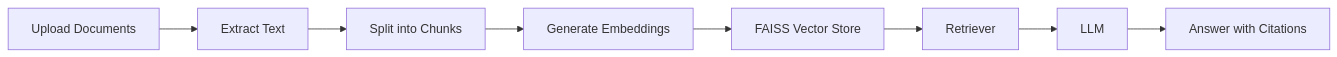
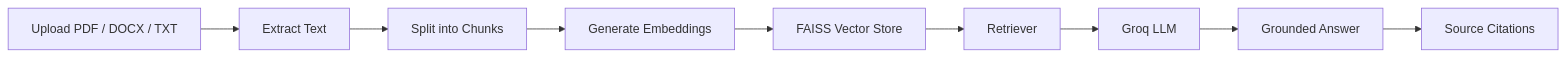
The diagram in README.md (dineshbarri/DocuChat_AI), drawn with Mermaid before and after one commit. The commit also changed other lines of this file, not shown here.

````diff
--- a/README.md
+++ b/README.md
@@ -54,10 +110,11 @@
 ```mermaid
 flowchart LR
-    A[Upload Documents] --> B[Extract Text]
+    A[Upload PDF / DOCX / TXT] --> B[Extract Text]
     B --> C[Split into Chunks]
     C --> D[Generate Embeddings]
     D --> E[FAISS Vector Store]
     E --> F[Retriever]
-    F --> G[LLM]
-    G --> H[Answer with Citations]
+    F --> G[Groq LLM]
+    G --> H[Grounded Answer]
+    H --> I[Source Citations]
 ```
````
